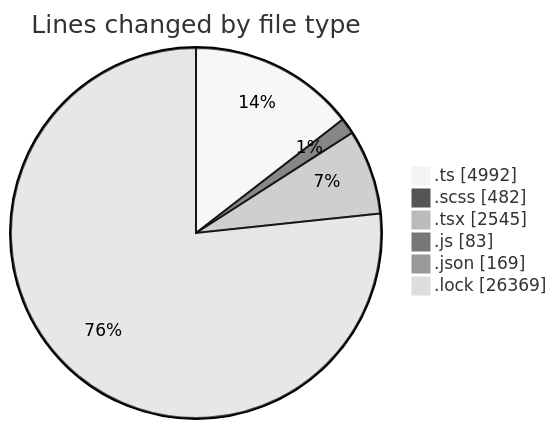
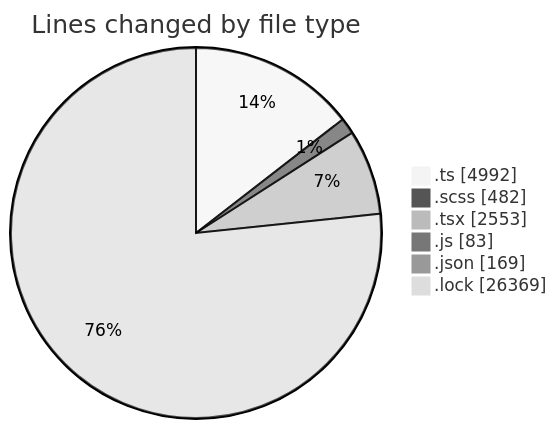
One commit to momahboobian/code-tracking changed the first of 2 diagrams in 2025-09-12/cda/README.md. Above: the diagram before and after it, drawn with Mermaid (neutral theme). The commit also changed other lines of this file and 1 other file, not shown here.

````diff
--- a/2025-09-12/cda/README.md
+++ b/2025-09-12/cda/README.md
@@ -34,10 +34,10 @@
 ```mermaid
 pie showData
 title Lines changed by file type
 ".ts" : 4992
 ".scss" : 482
-".tsx" : 2545
+".tsx" : 2553
 ".js" : 83
 ".json" : 169
 ".lock" : 26369
 ```
````
